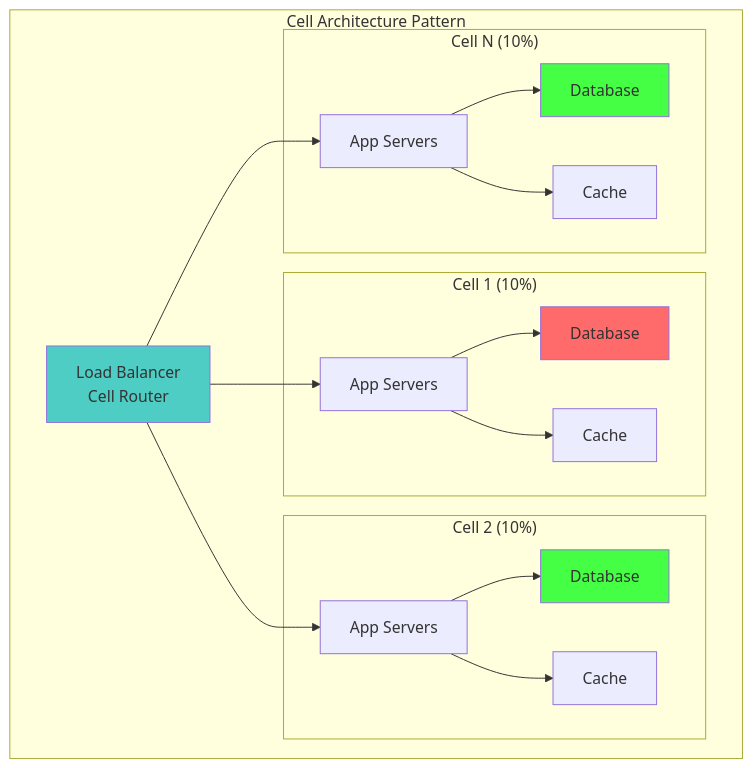
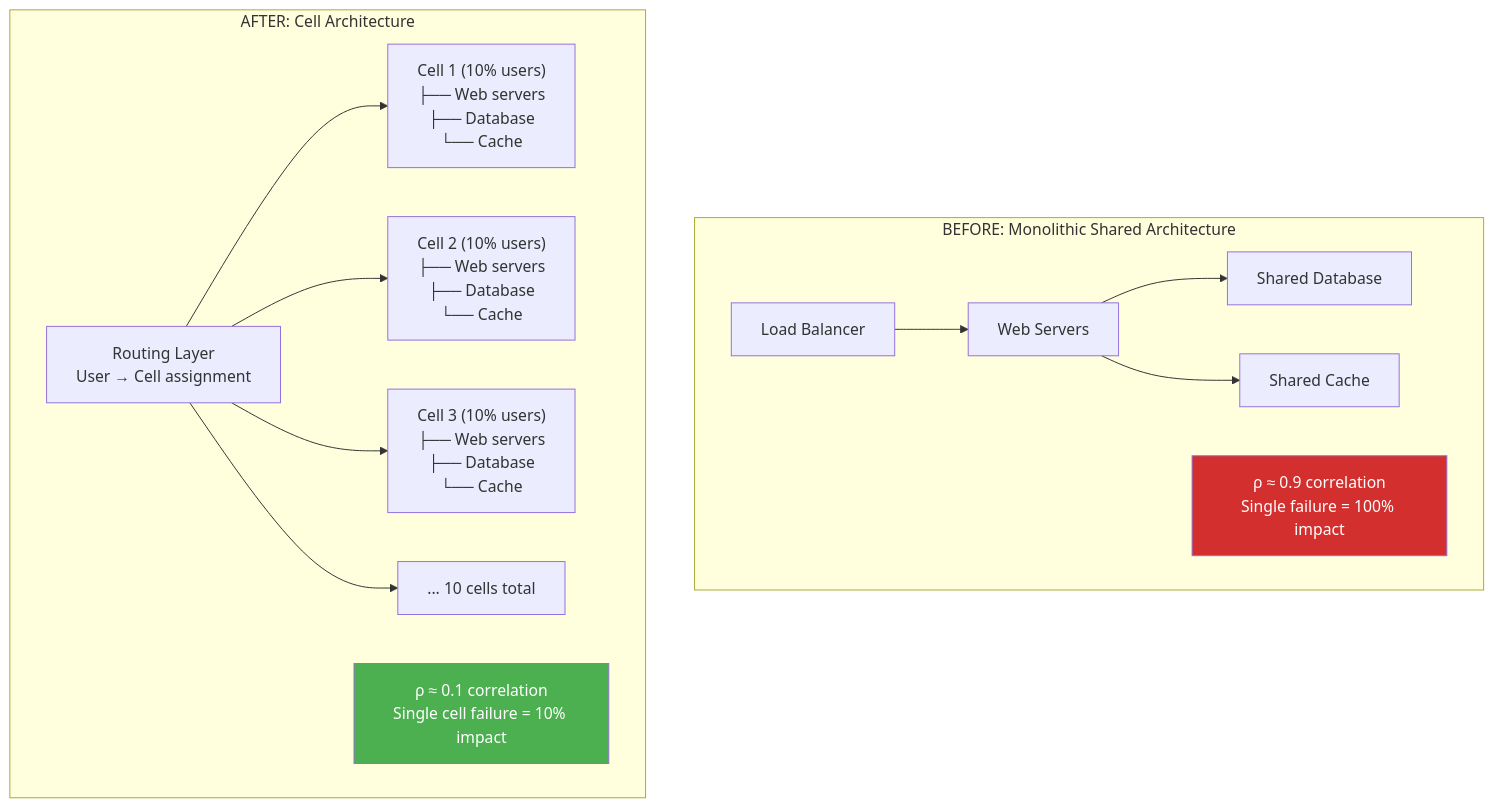
The fifth of 6 diagrams in docs/core-principles/laws/correlated-failure.md (deepaucksharma/DStudio), drawn with Mermaid before and after one commit. The commit also changed other lines of this file and 112 other files, not shown here.

````diff
--- a/docs/core-principles/laws/correlated-failure.md
+++ b/docs/core-principles/laws/correlated-failure.md
@@ -233,42 +372,29 @@
-```mermaid  
+```mermaid
 graph TB
-    subgraph "Cell Architecture Pattern"
-        ROUTER[Load Balancer<br/>Cell Router]
+    subgraph "BEFORE: Monolithic Shared Architecture"
+        LB1[Load Balancer]
+        WEB1[Web Servers]
+        DB1[Shared Database]
+        CACHE1[Shared Cache]
         
-        subgraph "Cell 1 (10%)"
-            C1_APP[App Servers]
-            C1_DB[Database]
-            C1_CACHE[Cache]
-        end
+        LB1 --> WEB1 --> DB1
+        WEB1 --> CACHE1
         
-        subgraph "Cell 2 (10%)"  
-            C2_APP[App Servers]
-            C2_DB[Database]
-            C2_CACHE[Cache]
-        end
+        RISK1["ρ ≈ 0.9 correlation<br/>Single failure = 100% impact"]
+    end
+    
+    subgraph "AFTER: Cell Architecture"
+        CELL1["Cell 1 (10% users)<br/>├── Web servers<br/>├── Database<br/>└── Cache"]
+        CELL2["Cell 2 (10% users)<br/>├── Web servers<br/>├── Database<br/>└── Cache"]
+        CELL3["Cell 3 (10% users)<br/>├── Web servers<br/>├── Database<br/>└── Cache"]
+        CELLN["... 10 cells total"]
         
-        subgraph "Cell N (10%)"
-            CN_APP[App Servers]
-            CN_DB[Database] 
-            CN_CACHE[Cache]
-        end
+        ROUTER["Routing Layer<br/>User → Cell assignment"]
+        ROUTER --> CELL1 & CELL2 & CELL3 & CELLN
         
-        ROUTER --> C1_APP
-        ROUTER --> C2_APP
-        ROUTER --> CN_APP
-        
-        C1_APP --> C1_DB
-        C1_APP --> C1_CACHE
-        
-        C2_APP --> C2_DB
-        C2_APP --> C2_CACHE
-        
-        CN_APP --> CN_DB
-        CN_APP --> CN_CACHE
-        
-        style ROUTER fill:#4ecdc4
-        style C1_DB fill:#ff6b6b
-        style C2_DB fill:#44ff44
-        style CN_DB fill:#44ff44
+        BENEFIT["ρ ≈ 0.1 correlation<br/>Single cell failure = 10% impact"]
     end
+    
+    style RISK1 fill:#d32f2f,color:#fff
+    style BENEFIT fill:#4caf50,color:#fff
 ```
````
